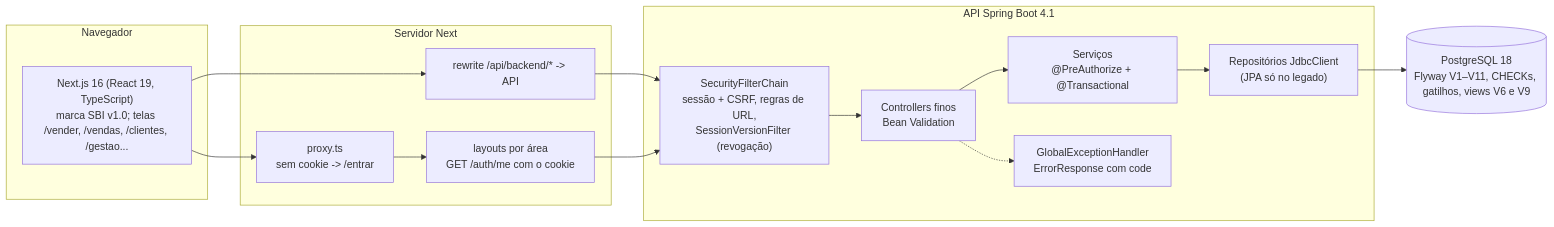
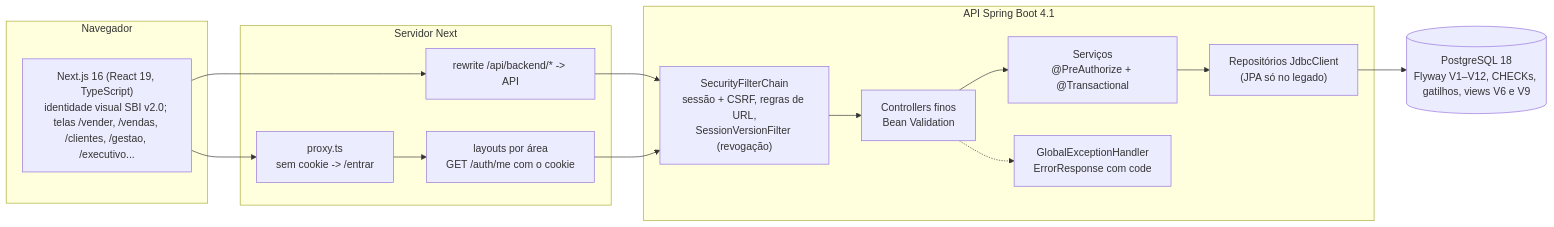
One commit to matheussiqueira-dev/SBI--Super-Business-Intelligence changed the first of 3 diagrams in docs/arquitetura.md. Above: the diagram before and after it, drawn with Mermaid. The commit also changed other lines of this file and 16 other files, not shown here.

````diff
--- a/docs/arquitetura.md
+++ b/docs/arquitetura.md
@@ -5,23 +5,23 @@
 ```mermaid
 flowchart LR
   subgraph Navegador
-    UI["Next.js 16 (React 19, TypeScript)<br/>marca SBI v1.0; telas /vender, /vendas, /clientes, /gestao..."]
+    UI["Next.js 16 (React 19, TypeScript)<br/>identidade visual SBI v2.0; telas /vender, /vendas, /clientes, /gestao, /executivo..."]
   end
   subgraph "Servidor Next"
     PX["proxy.ts<br/>sem cookie -> /entrar"]
     SSR["layouts por área<br/>GET /auth/me com o cookie"]
     RW["rewrite /api/backend/* -> API"]
   end
   subgraph "API Spring Boot 4.1"
     SEC["SecurityFilterChain<br/>sessão + CSRF, regras de URL,<br/>SessionVersionFilter (revogação)"]
     CTL["Controllers finos<br/>Bean Validation"]
     SVC["Serviços<br/>@PreAuthorize + @Transactional"]
     REPO["Repositórios JdbcClient<br/>(JPA só no legado)"]
     ERR["GlobalExceptionHandler<br/>ErrorResponse com code"]
   end
-  DB[("PostgreSQL 18<br/>Flyway V1–V11, CHECKs, gatilhos, views V6 e V9")]
+  DB[("PostgreSQL 18<br/>Flyway V1–V12, CHECKs, gatilhos, views V6 e V9")]
   UI --> PX --> SSR
   UI --> RW --> SEC --> CTL --> SVC --> REPO --> DB
   CTL -.-> ERR
   SSR --> SEC
 ```
````
